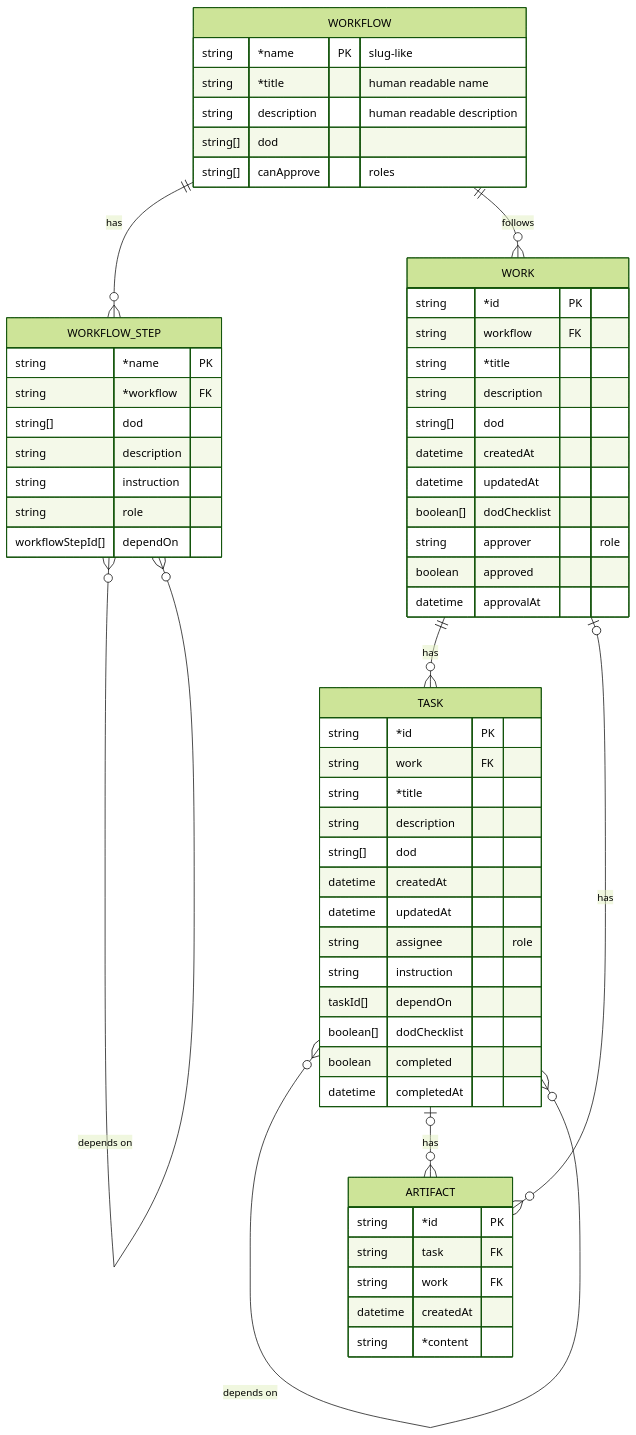
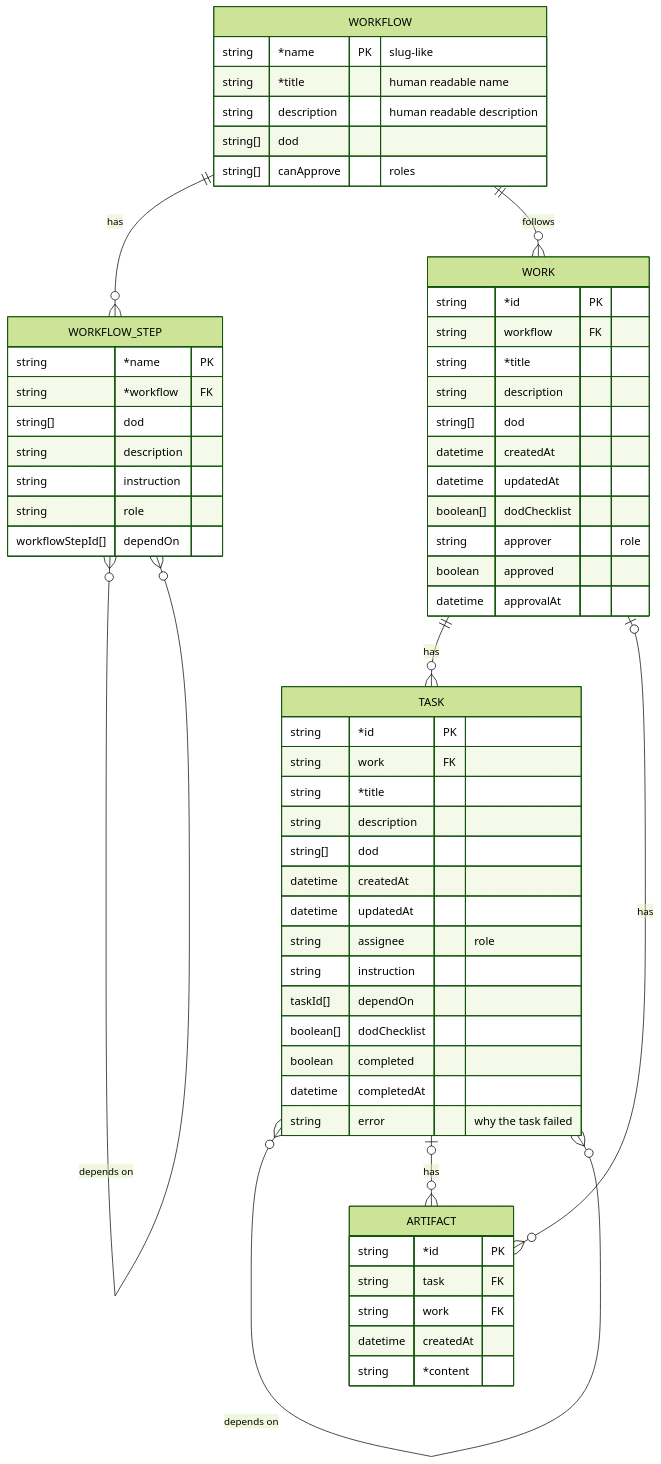
One commit to longlh/superteam changed the diagram in docs/data-struct.md. Above: the diagram before and after it, drawn with Mermaid (forest theme). The commit also changed other lines of this file and 4 other files, not shown here.

First line of the commit message:
Add storage doc, work flow and failure rules to the engine design

````diff
--- a/docs/data-struct.md
+++ b/docs/data-struct.md
@@ -5,66 +5,67 @@
 ```mermaid
 erDiagram
     WORKFLOW {
         string *name PK "slug-like"
         string *title "human readable name"
         string description "human readable description"
         string[] dod
         string[] canApprove "roles"
     }
 
     WORKFLOW_STEP {
         string *name PK
         string *workflow FK
         string[] dod
         string description
         string instruction
         string role
         workflowStepId[] dependOn
     }
 
     WORK {
         string *id PK
         string workflow FK
         string *title
         string description
         string[] dod
         datetime createdAt
         datetime updatedAt
         boolean[] dodChecklist
         string approver "role"
         boolean approved
         datetime approvalAt
     }
 
     TASK {
         string *id PK
         string work FK
         string *title
         string description
         string[] dod
         datetime createdAt
         datetime updatedAt
         string assignee "role"
         string instruction
         taskId[] dependOn
         boolean[] dodChecklist
         boolean completed
         datetime completedAt
+        string error "why the task failed"
     }
 
     ARTIFACT {
         string *id PK
         string task FK
         string work FK
         datetime createdAt
         string *content
     }
 
     WORKFLOW ||--o{ WORKFLOW_STEP : has
     WORKFLOW_STEP }o--o{ WORKFLOW_STEP : "depends on"
     WORKFLOW ||--o{ WORK : follows
     WORK ||--o{ TASK : has
     TASK }o--o{ TASK : "depends on"
     TASK |o--o{ ARTIFACT : has
     WORK |o--o{ ARTIFACT : has
 ```
````
